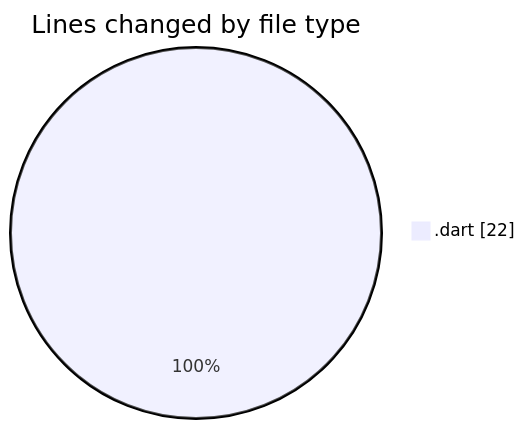
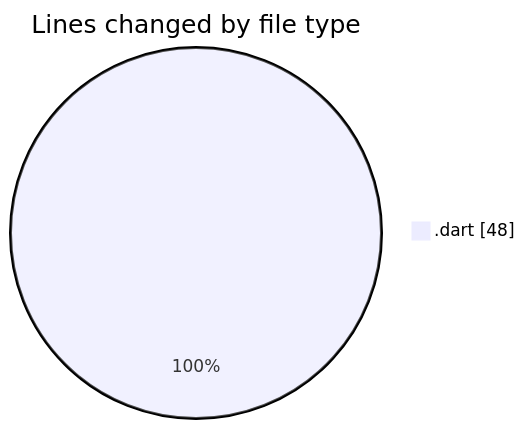
Before and after one commit to donsfak/code-tracking: the first of 2 diagrams in 2025-01-02/uber_clone/README.md, drawn with Mermaid. The commit also changed other lines of this file and 1 other file, not shown here.

````diff
--- a/2025-01-02/uber_clone/README.md
+++ b/2025-01-02/uber_clone/README.md
@@ -20,5 +20,5 @@
 ```mermaid
 pie showData
 title Lines changed by file type
-".dart" : 22
+".dart" : 48
 ```
````
